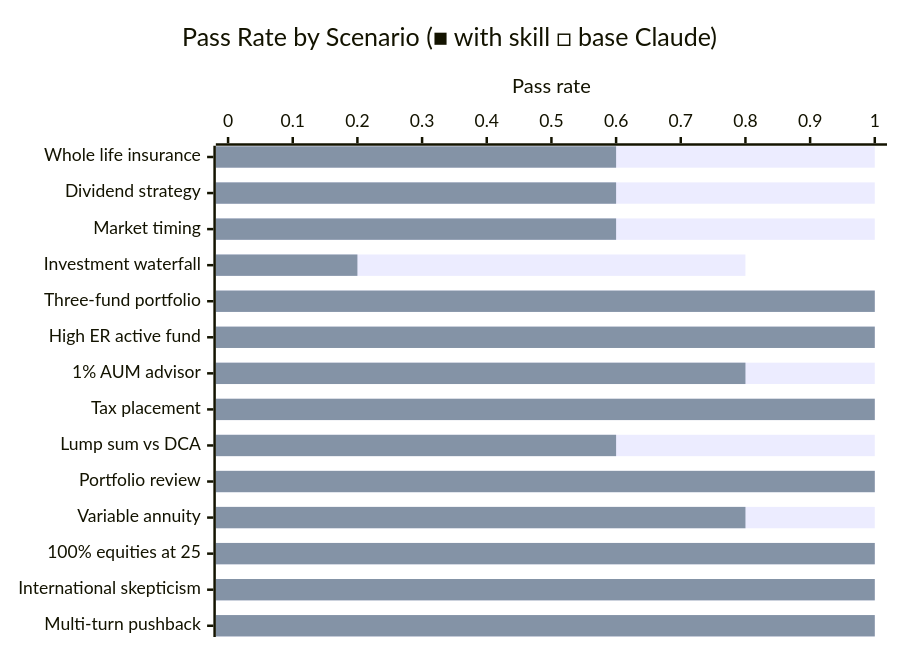
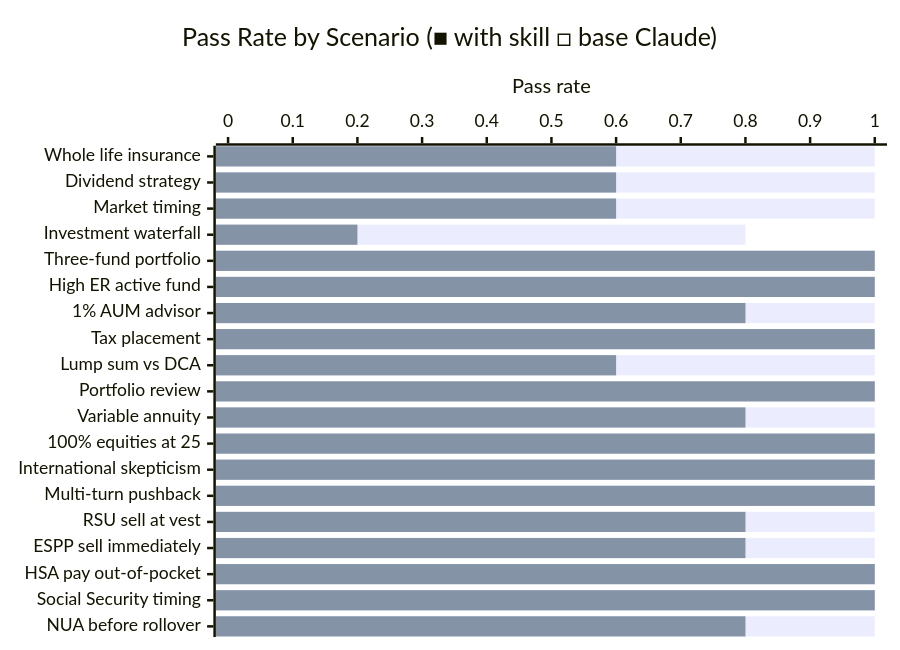
One commit to JacobElder/jakes-skills changed the diagram in boglehead/README.md. Above: the diagram before and after it, drawn with Mermaid. The commit also changed other lines of this file and 30 other files, not shown here.

First line of the commit message:
Iteration 5: add RSU/ESPP/HSA/SS/NUA evals and skill triggers

````diff
--- a/boglehead/README.md
+++ b/boglehead/README.md
@@ -123,8 +123,8 @@
 ```mermaid
 xychart-beta horizontal
     title "Pass Rate by Scenario (■ with skill  □ base Claude)"
-    x-axis ["Whole life insurance", "Dividend strategy", "Market timing", "Investment waterfall", "Three-fund portfolio", "High ER active fund", "1% AUM advisor", "Tax placement", "Lump sum vs DCA", "Portfolio review", "Variable annuity", "100% equities at 25", "International skepticism", "Multi-turn pushback"]
+    x-axis ["Whole life insurance", "Dividend strategy", "Market timing", "Investment waterfall", "Three-fund portfolio", "High ER active fund", "1% AUM advisor", "Tax placement", "Lump sum vs DCA", "Portfolio review", "Variable annuity", "100% equities at 25", "International skepticism", "Multi-turn pushback", "RSU sell at vest", "ESPP sell immediately", "HSA pay out-of-pocket", "Social Security timing", "NUA before rollover"]
     y-axis "Pass rate" 0 --> 1
-    bar [1.0, 1.0, 1.0, 0.8, 1.0, 1.0, 1.0, 1.0, 1.0, 1.0, 1.0, 1.0, 1.0, 1.0]
-    bar [0.6, 0.6, 0.6, 0.2, 1.0, 1.0, 0.8, 1.0, 0.6, 1.0, 0.8, 1.0, 1.0, 1.0]
+    bar [1.0, 1.0, 1.0, 0.8, 1.0, 1.0, 1.0, 1.0, 1.0, 1.0, 1.0, 1.0, 1.0, 1.0, 1.0, 1.0, 1.0, 1.0, 1.0]
+    bar [0.6, 0.6, 0.6, 0.2, 1.0, 1.0, 0.8, 1.0, 0.6, 1.0, 0.8, 1.0, 1.0, 1.0, 0.8, 0.8, 1.0, 1.0, 0.8]
 ```
````
